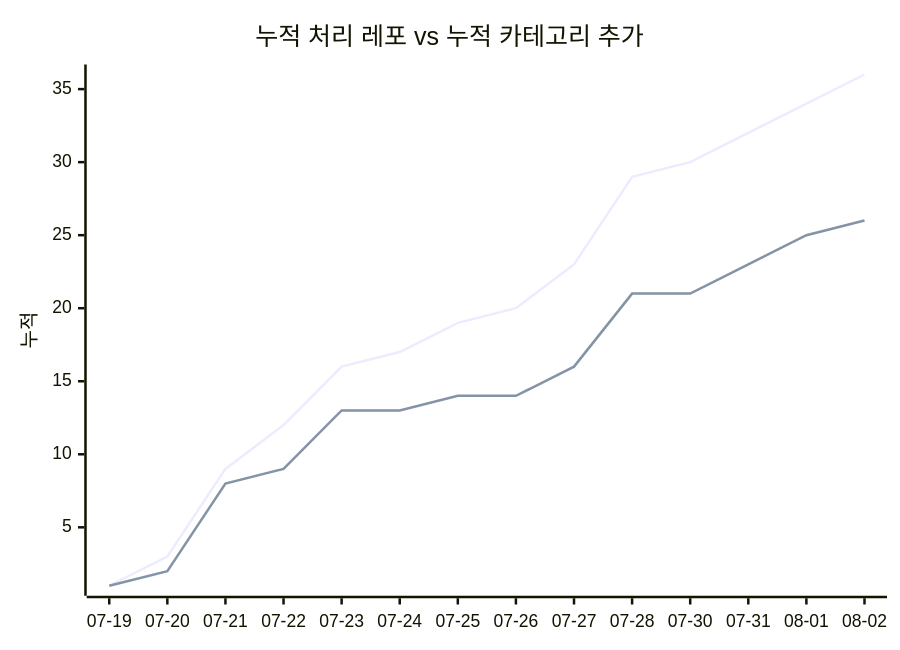
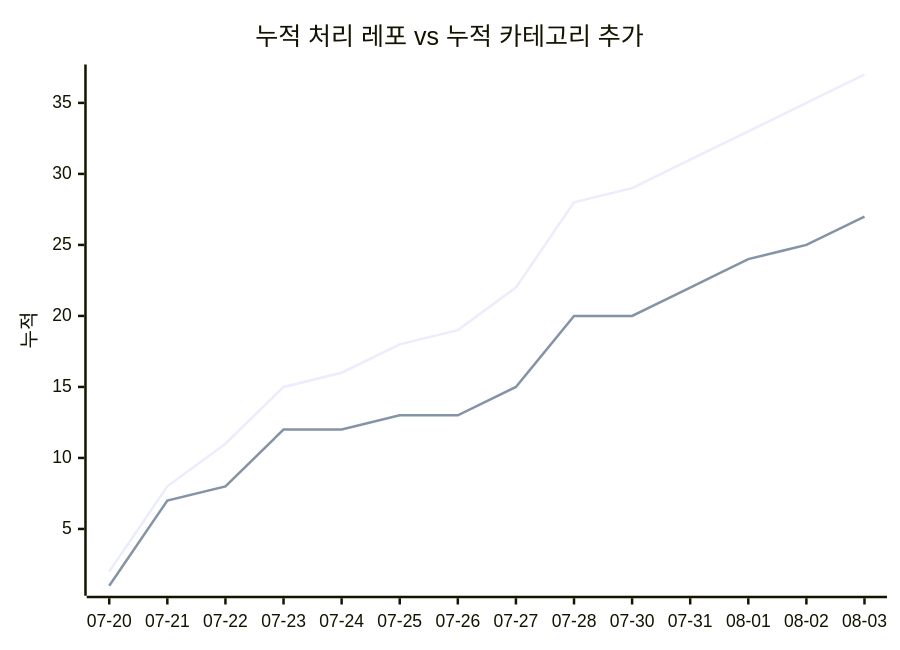
Before and after one commit to J-nowcow/awesome-korean-agent-skills: the second of 2 diagrams in docs/trends.md, drawn with Mermaid. The commit also changed other lines of this file and 5 other files, not shown here.

````diff
--- a/docs/trends.md
+++ b/docs/trends.md
@@ -68,8 +68,8 @@
 ```mermaid
 xychart-beta
     title "누적 처리 레포 vs 누적 카테고리 추가"
-    x-axis ["07-19","07-20","07-21","07-22","07-23","07-24","07-25","07-26","07-27","07-28","07-30","07-31","08-01","08-02"]
+    x-axis ["07-20","07-21","07-22","07-23","07-24","07-25","07-26","07-27","07-28","07-30","07-31","08-01","08-02","08-03"]
     y-axis "누적"
-    line [1,3,9,12,16,17,19,20,23,29,30,32,34,36]
-    line [1,2,8,9,13,13,14,14,16,21,21,23,25,26]
+    line [2,8,11,15,16,18,19,22,28,29,31,33,35,37]
+    line [1,7,8,12,12,13,13,15,20,20,22,24,25,27]
 ```
````
